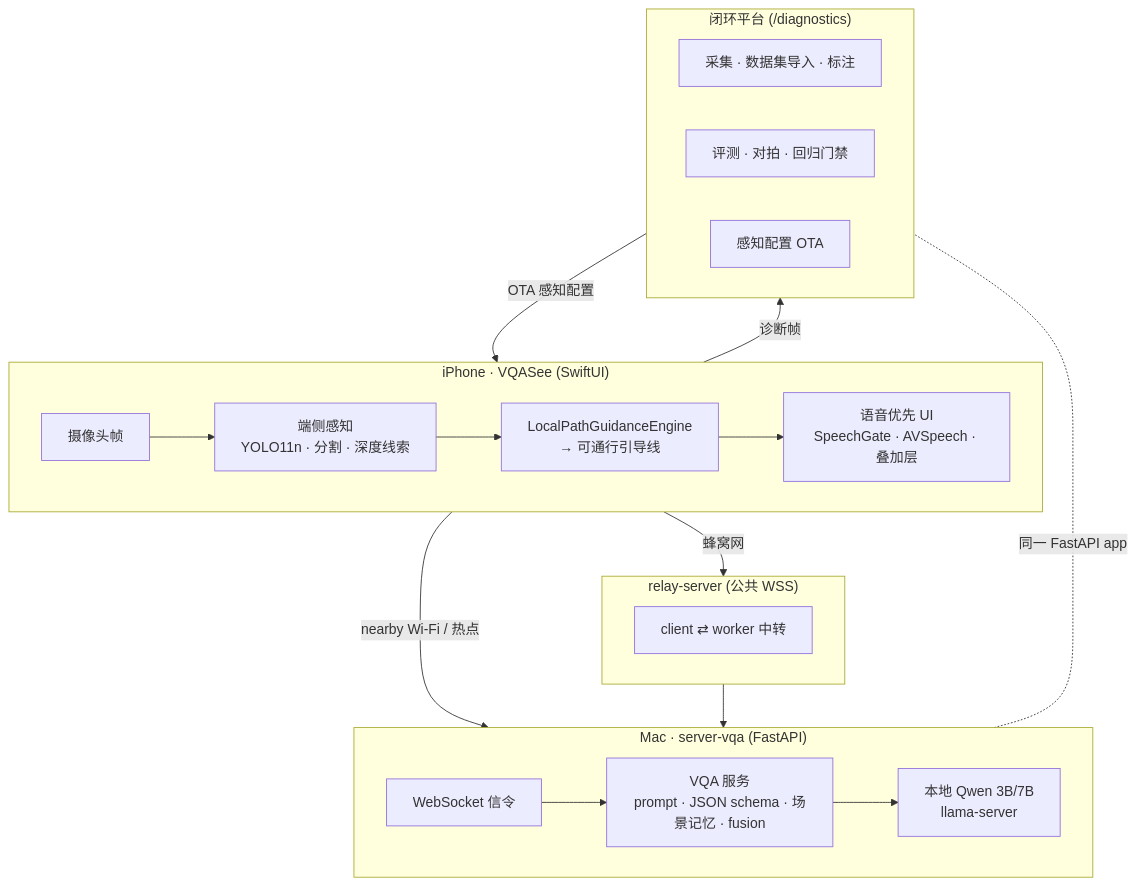
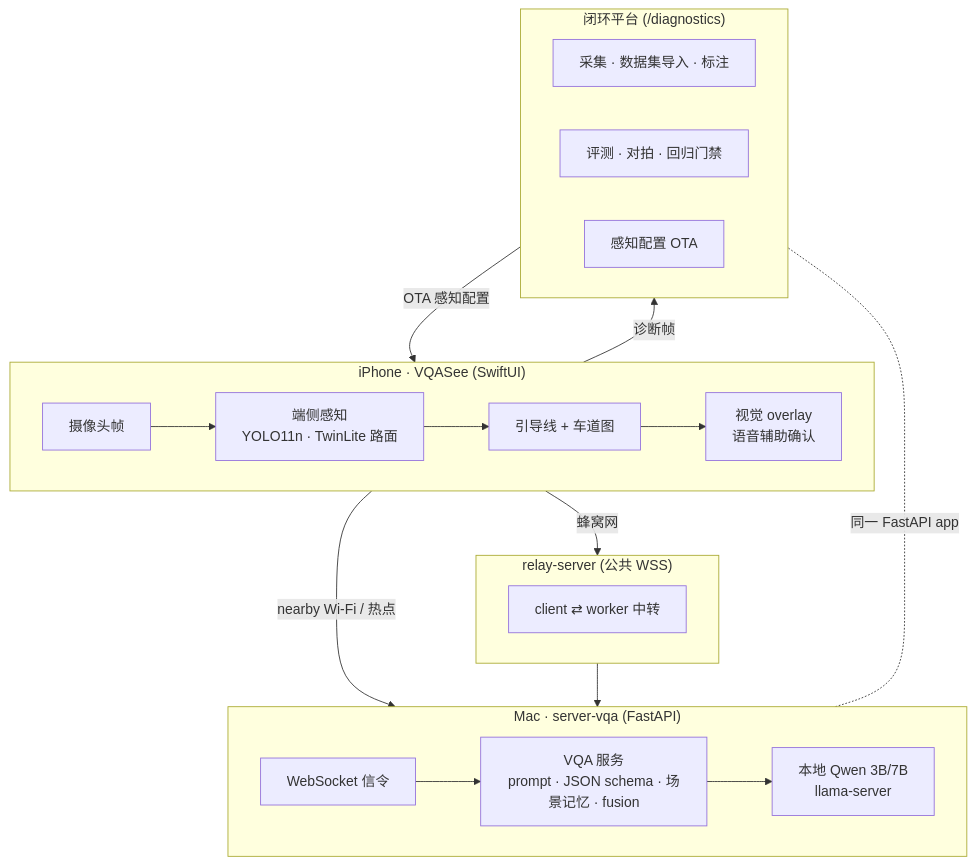
One commit to ynshi57/onepiece changed the first of 4 diagrams in README.md. Above: the diagram before and after it, drawn with Mermaid. The commit also changed other lines of this file and 60 other files, not shown here.

````diff
--- a/README.md
+++ b/README.md
@@ -53,33 +52,33 @@
 ```mermaid
 flowchart TB
   subgraph Device["iPhone · VQASee (SwiftUI)"]
     CAM["摄像头帧"]
-    LP["端侧感知<br/>YOLO11n · 分割 · 深度线索"]
-    GL["LocalPathGuidanceEngine<br/>→ 可通行引导线"]
-    UI["语音优先 UI<br/>SpeechGate · AVSpeech · 叠加层"]
+    LP["端侧感知<br/>YOLO11n · TwinLite 路面"]
+    GL["引导线 + 车道图"]
+    UI["视觉 overlay<br/>语音辅助确认"]
     CAM --> LP --> GL --> UI
   end
 
   subgraph Backend["Mac · server-vqa (FastAPI)"]
     SIG["WebSocket 信令"]
     VQA["VQA 服务<br/>prompt · JSON schema · 场景记忆 · fusion"]
     QWEN["本地 Qwen 3B/7B<br/>llama-server"]
     SIG --> VQA --> QWEN
   end
 
   subgraph Relay["relay-server (公共 WSS)"]
     R["client ⇄ worker 中转"]
   end
 
   subgraph Platform["闭环平台 (/diagnostics)"]
     CAP["采集 · 数据集导入 · 标注"]
     EVAL["评测 · 对拍 · 回归门禁"]
     CFG["感知配置 OTA"]
   end
 
   Device -- "nearby Wi-Fi / 热点" --> Backend
   Device -- "蜂窝网" --> Relay --> Backend
   Device -- "诊断帧" --> Platform
   Platform -- "OTA 感知配置" --> Device
   Backend -. "同一 FastAPI app" .- Platform
 ```
````
